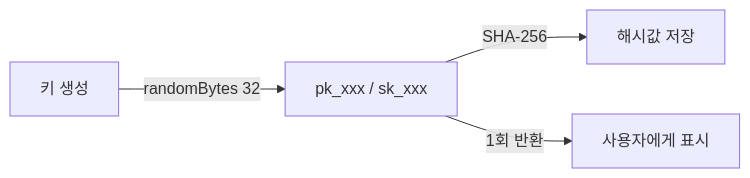
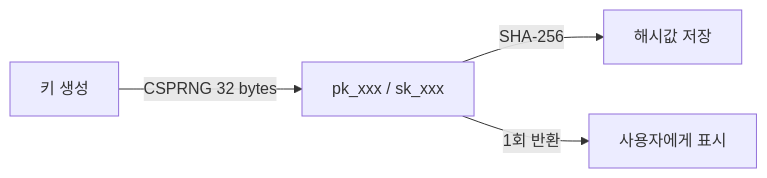
One commit to popup-studio-ai/bkend-docs changed the first of 2 diagrams in ko/security/02-api-keys.md. Above: the diagram before and after it, drawn with Mermaid. The commit also changed 424 other files, not shown here.

````diff
--- a/ko/security/02-api-keys.md
+++ b/ko/security/02-api-keys.md
@@ -54,6 +54,6 @@
 ```mermaid
 flowchart LR
-    A[키 생성] -->|randomBytes 32| B["pk_xxx / sk_xxx"]
+    A[키 생성] -->|CSPRNG 32 bytes| B["pk_xxx / sk_xxx"]
     B -->|SHA-256| C[해시값 저장]
     B -->|1회 반환| D[사용자에게 표시]
 ```
````
